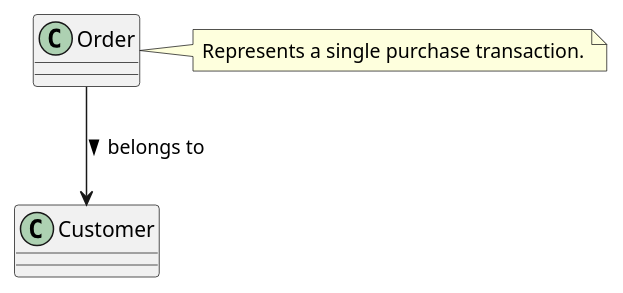
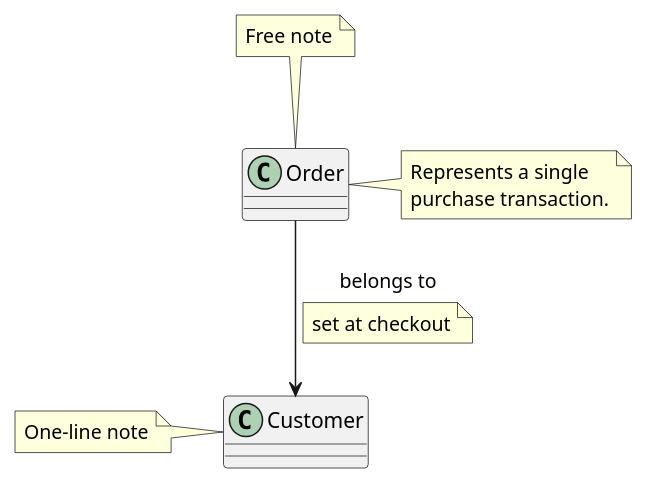
Before and after one commit to hgrabows/diagrammer-skills: the seventh of 10 diagrams in skills/diagrammer/specs/plantuml/plantuml_class.md, drawn with PlantUML. The commit also changed other lines of this file and 127 other files, not shown here.

First line of the commit message:
feat: audit all specs, add example gallery, fix PlantUML and Gantt rendering

````diff
--- a/skills/diagrammer/specs/plantuml/plantuml_class.md
+++ b/skills/diagrammer/specs/plantuml/plantuml_class.md
@@ -181,10 +211,17 @@
 ```plantuml
 @startuml
 class Order
+class Customer
 note right of Order
-  Represents a single purchase transaction.
+  Represents a single
+  purchase transaction.
 end note
 
-Order --> Customer : belongs to >
+Order --> Customer : belongs to
+note on link : set at checkout
+
+note left of Customer : One-line note
+note "Free note" as N1
+N1 .. Order
 @enduml
 ```
````
